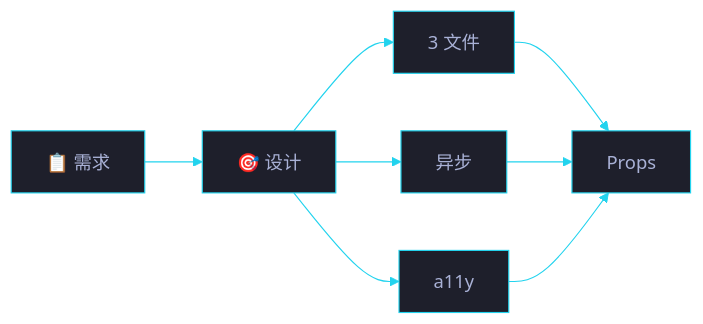
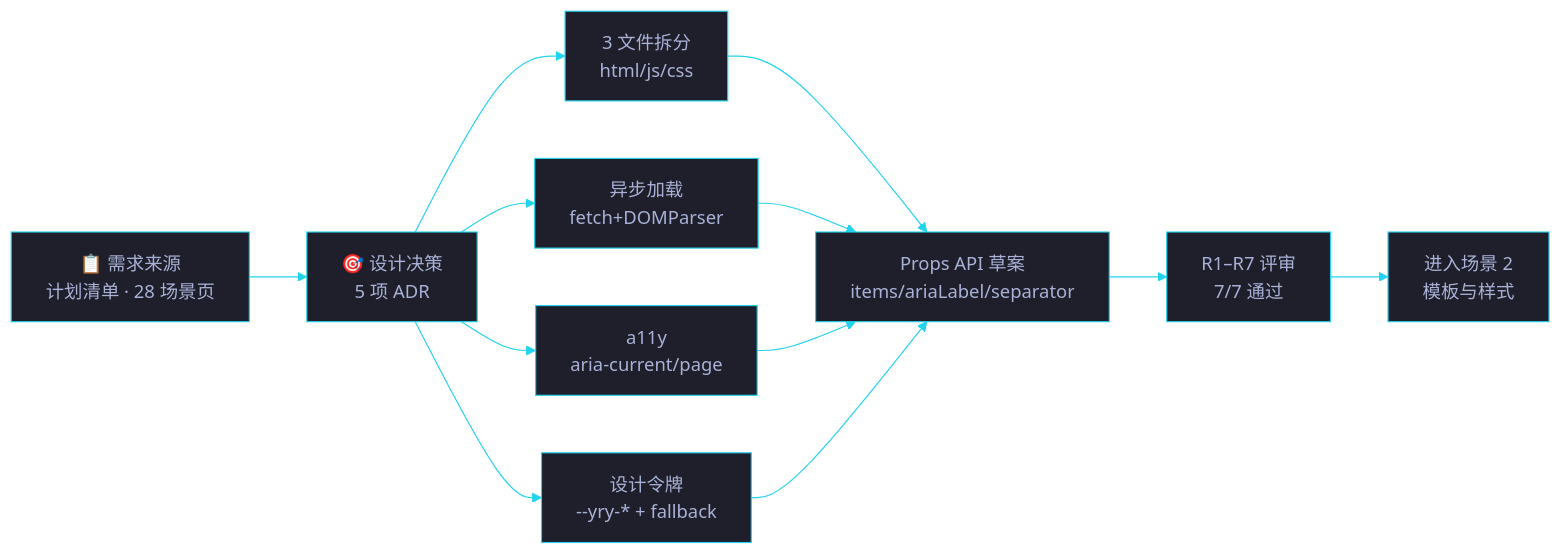
One commit to effiy/YrY changed the first of 2 diagrams in cdn/yry-breadcrumb/scenes/场景-1-需求与设计/index.md. Above: the diagram before and after it, drawn with Mermaid. The commit also changed other lines of this file and 1028 other files, not shown here.

````diff
--- a/cdn/yry-breadcrumb/scenes/场景-1-需求与设计/index.md
+++ b/cdn/yry-breadcrumb/scenes/场景-1-需求与设计/index.md
@@ -35,11 +30,19 @@
 ```mermaid
-%%{init: {'theme': 'base', 'themeVariables': {'primaryColor': '#1e1f2b','primaryTextColor': '#a9b1d6','primaryBorderColor': '#22d3ee','lineColor': '#22d3ee','secondaryColor': '#2b2d3b'}}}%%
+%%{init: {'theme': 'base', 'themeVariables': {
+  'primaryColor': '#1e1f2b', 'primaryTextColor': '#a9b1d6',
+  'primaryBorderColor': '#22d3ee', 'lineColor': '#22d3ee',
+  'secondaryColor': '#2b2d3b', 'tertiaryColor': '#21232f'
+}}}%%
 flowchart LR
-    REQ[📋 需求] --> DEC[🎯 设计]
-    DEC --> SPLIT[3 文件]
-    DEC --> ASYNC[异步]
-    DEC --> A11Y[a11y]
-    SPLIT --> API[Props]
+    REQ["📋 需求来源<br/>计划清单 · 28 场景页"] --> DEC["🎯 设计决策<br/>5 项 ADR"]
+    DEC --> SPLIT["3 文件拆分<br/>html/js/css"]
+    DEC --> ASYNC["异步加载<br/>fetch+DOMParser"]
+    DEC --> A11Y["a11y<br/>aria-current/page"]
+    DEC --> TOKEN["设计令牌<br/>--yry-* + fallback"]
+    SPLIT --> API["Props API 草案<br/>items/ariaLabel/separator"]
     ASYNC --> API
     A11Y --> API
+    TOKEN --> API
+    API --> REVIEW["R1–R7 评审<br/>7/7 通过"]
+    REVIEW --> NEXT["进入场景 2<br/>模板与样式"]
 ```
````
